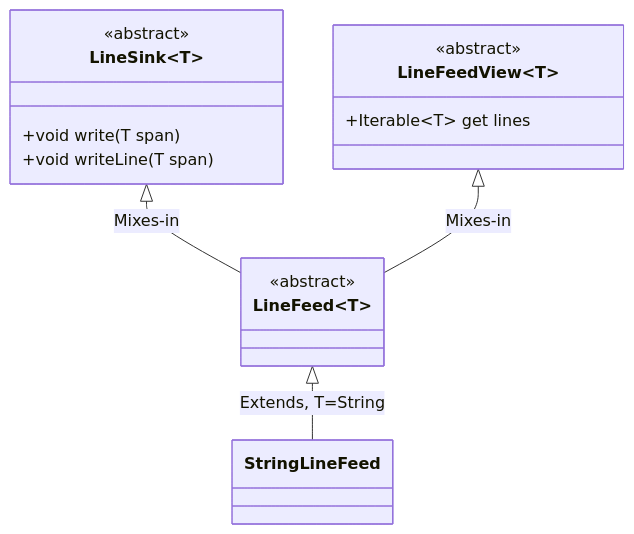
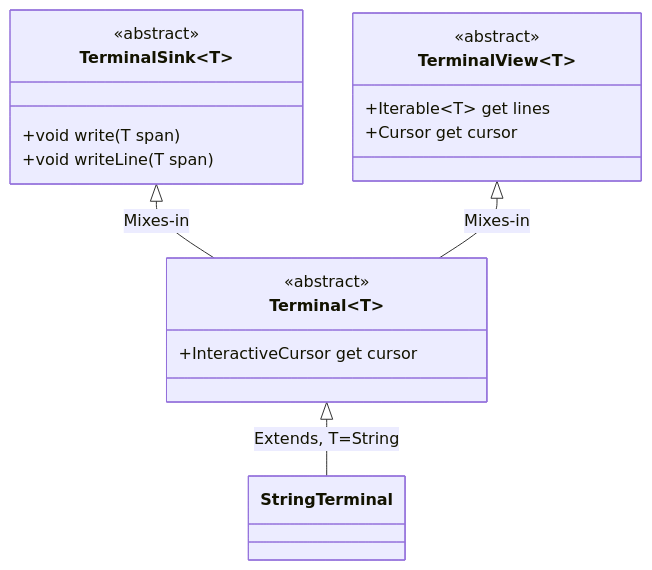
Before and after one commit to matanlurey/dt: the diagram in README.md, drawn with Mermaid. The commit also changed 6 other files, not shown here.

````diff
--- a/README.md
+++ b/README.md
@@ -41,18 +41,20 @@
 ```mermaid
 classDiagram
-  class LineSink~T~
-  <<abstract>> LineSink
-    LineSink~T~ : +void write(T span)
-    LineSink~T~ : +void writeLine(T span)
+  class TerminalSink~T~
+  <<abstract>> TerminalSink
+    TerminalSink~T~ : +void write(T span)
+    TerminalSink~T~ : +void writeLine(T span)
 
-  class LineFeedView~T~
-  <<abstract>> LineFeedView
-    LineFeedView~T~ : +Iterable~T~ get lines
+  class TerminalView~T~
+  <<abstract>> TerminalView
+    TerminalView~T~ : +Iterable~T~ get lines
+    TerminalView~T~ : +Cursor get cursor
 
-  class LineFeed~T~
-  <<abstract>> LineFeed
+  class Terminal~T~
+  <<abstract>> Terminal
+    Terminal~T~ : +InteractiveCursor get cursor
   
-  LineSink~T~ <|-- LineFeed~T~ : Mixes-in
-  LineFeedView~T~ <|-- LineFeed~T~ : Mixes-in
-  LineFeed~T~ <|-- StringLineFeed : Extends, T=String
+  TerminalSink~T~ <|-- Terminal~T~ : Mixes-in
+  TerminalView~T~ <|-- Terminal~T~ : Mixes-in
+  Terminal~T~ <|-- StringTerminal : Extends, T=String
 ```
````
